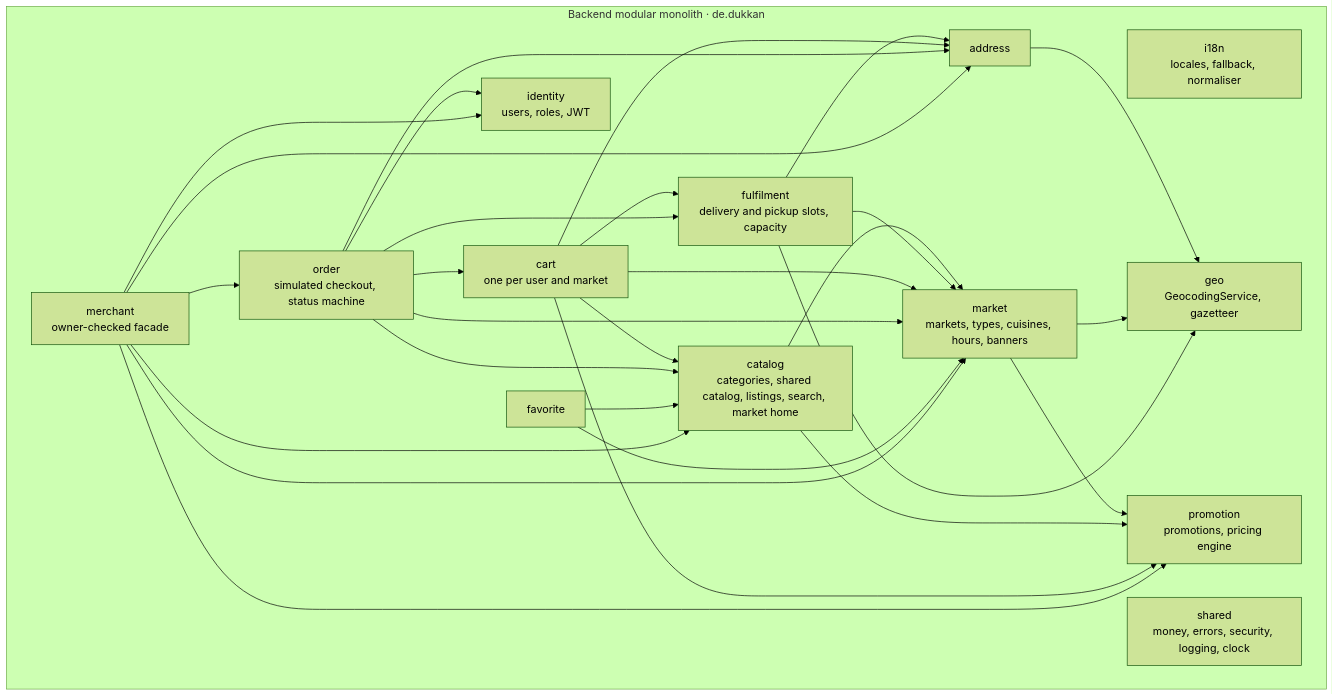
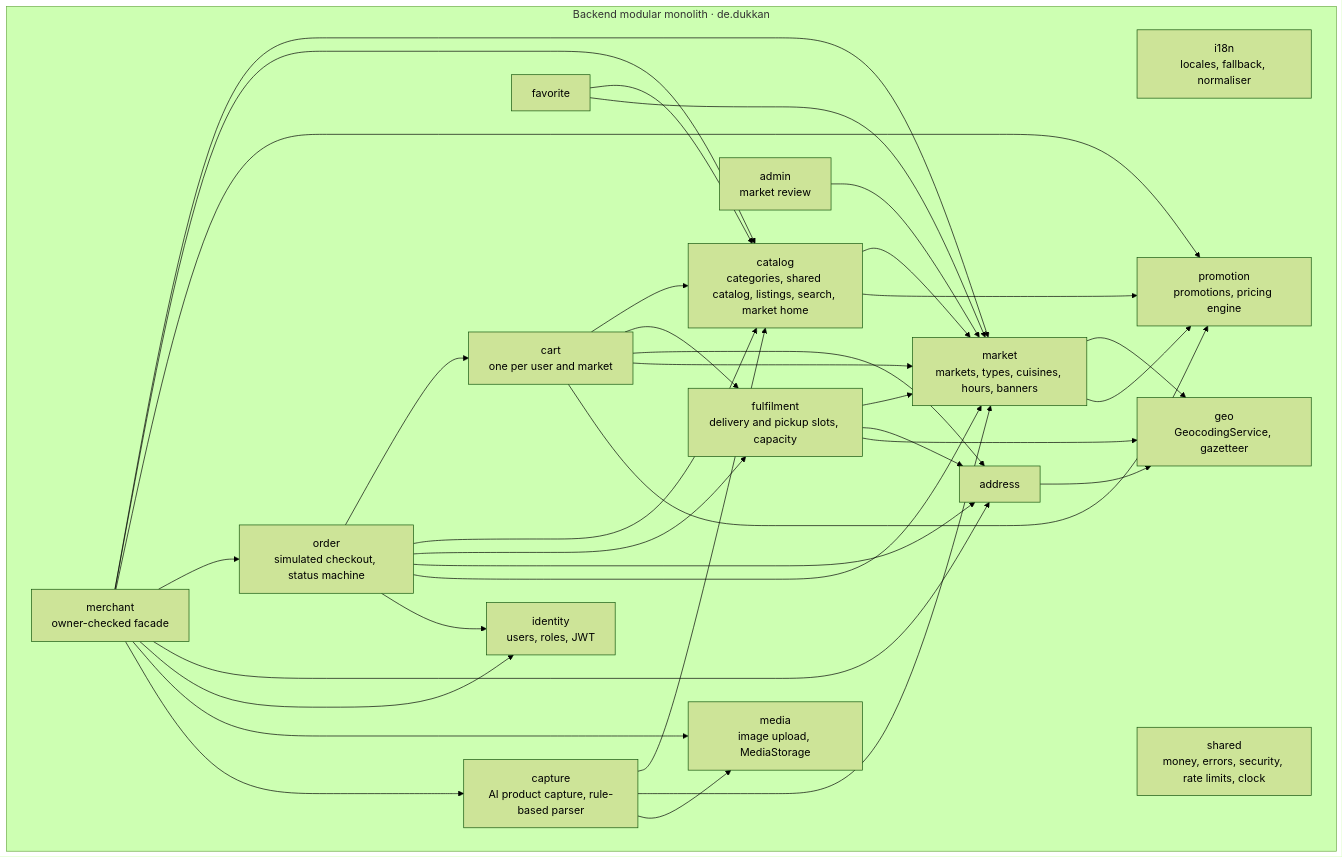
One commit to uptonext-org/dukkan changed the diagram in docs/architecture/diagrams/backend-modules.mmd. Above: the diagram before and after it, drawn with Mermaid (forest theme). The commit also changed 59 other files, not shown here.

```diff
--- a/docs/architecture/diagrams/backend-modules.mmd
+++ b/docs/architecture/diagrams/backend-modules.mmd
@@ -1,43 +1,52 @@
 flowchart TB
   subgraph backend[Backend modular monolith · de.dukkan]
     i18n[i18n<br/>locales, fallback, normaliser]
     geo[geo<br/>GeocodingService, gazetteer]
     identity[identity<br/>users, roles, JWT]
     market[market<br/>markets, types, cuisines, hours, banners]
     promotion[promotion<br/>promotions, pricing engine]
     catalog[catalog<br/>categories, shared catalog, listings, search, market home]
     address[address]
     fulfilment[fulfilment<br/>delivery and pickup slots, capacity]
     cart[cart<br/>one per user and market]
     order[order<br/>simulated checkout, status machine]
     favorite[favorite]
     merchant[merchant<br/>owner-checked facade]
-    shared[shared<br/>money, errors, security, logging, clock]
+    admin[admin<br/>market review]
+    media[media<br/>image upload, MediaStorage]
+    capture[capture<br/>AI product capture, rule-based parser]
+    shared[shared<br/>money, errors, security, rate limits, clock]
   end
   address --> geo
   market --> geo
   market --> promotion
   catalog --> market
   catalog --> promotion
   fulfilment --> market
   fulfilment --> address
   fulfilment --> geo
   cart --> catalog
   cart --> fulfilment
   cart --> address
   cart --> market
   cart --> promotion
   order --> cart
   order --> catalog
   order --> fulfilment
   order --> address
   order --> market
   order --> identity
   favorite --> catalog
   favorite --> market
   merchant --> market
   merchant --> catalog
   merchant --> promotion
   merchant --> order
   merchant --> address
   merchant --> identity
+  merchant --> media
+  merchant --> capture
+  capture --> catalog
+  capture --> market
+  capture --> media
+  admin --> market
```
